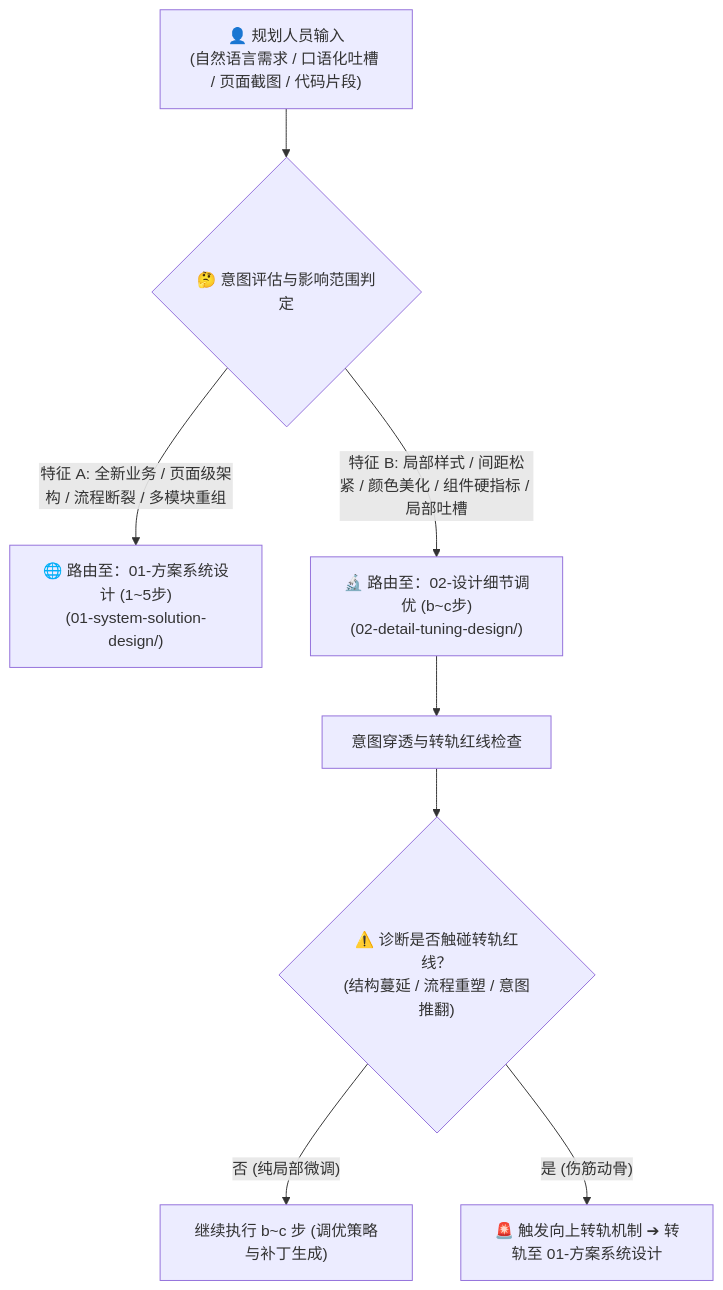
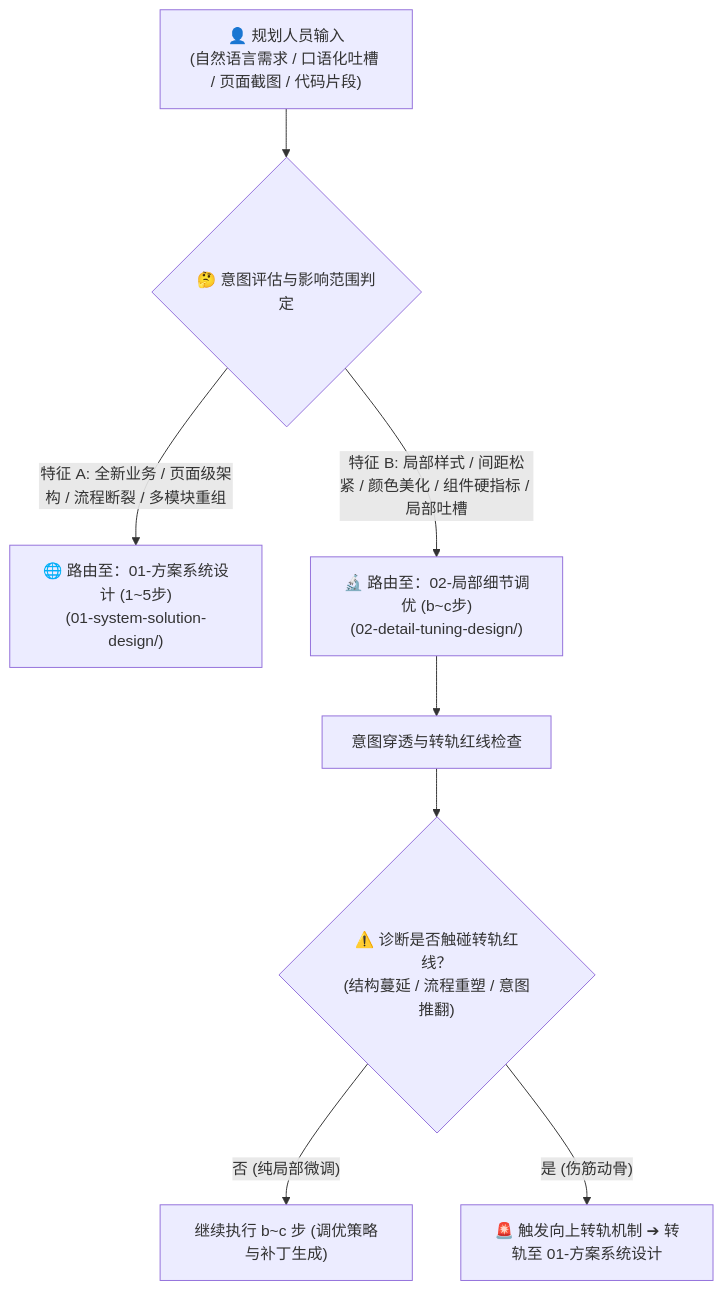
The diagram in 00-triage-and-routing/triage-rules.md (wangjue2026/skill-designer-prism), drawn with Mermaid before and after one commit. The commit also changed other lines of this file and 39 other files, not shown here.

````diff
--- a/00-triage-and-routing/triage-rules.md
+++ b/00-triage-and-routing/triage-rules.md
@@ -11,13 +11,13 @@
 ```mermaid
 graph TD
     Input["👤 规划人员输入<br>(自然语言需求 / 口语化吐槽 / 页面截图 / 代码片段)"] --> Eval{"🤔 意图评估与影响范围判定"}
     
     Eval -->|"特征 A: 全新业务 / 页面级架构 / 流程断裂 / 多模块重组"| Track1["🌐 路由至：01-方案系统设计 (1~5步)<br>(01-system-solution-design/)"]
-    Eval -->|"特征 B: 局部样式 / 间距松紧 / 颜色美化 / 组件硬指标 / 局部吐槽"| Track2["🔬 路由至：02-设计细节调优 (b~c步)<br>(02-detail-tuning-design/)"]
+    Eval -->|"特征 B: 局部样式 / 间距松紧 / 颜色美化 / 组件硬指标 / 局部吐槽"| Track2["🔬 路由至：02-局部细节调优 (b~c步)<br>(02-detail-tuning-design/)"]
     
     Track2 --> StepA["意图穿透与转轨红线检查"]
     StepA --> DeepEval{"⚠️ 诊断是否触碰转轨红线？<br>(结构蔓延 / 流程重塑 / 意图推翻)"}
     
     DeepEval -->|"否 (纯局部微调)"| StepBC["继续执行 b~c 步 (调优策略与补丁生成)"]
     DeepEval -->|"是 (伤筋动骨)"| Escalation["🚨 触发向上转轨机制 ➔ 转轨至 01-方案系统设计"]
 ```
````
